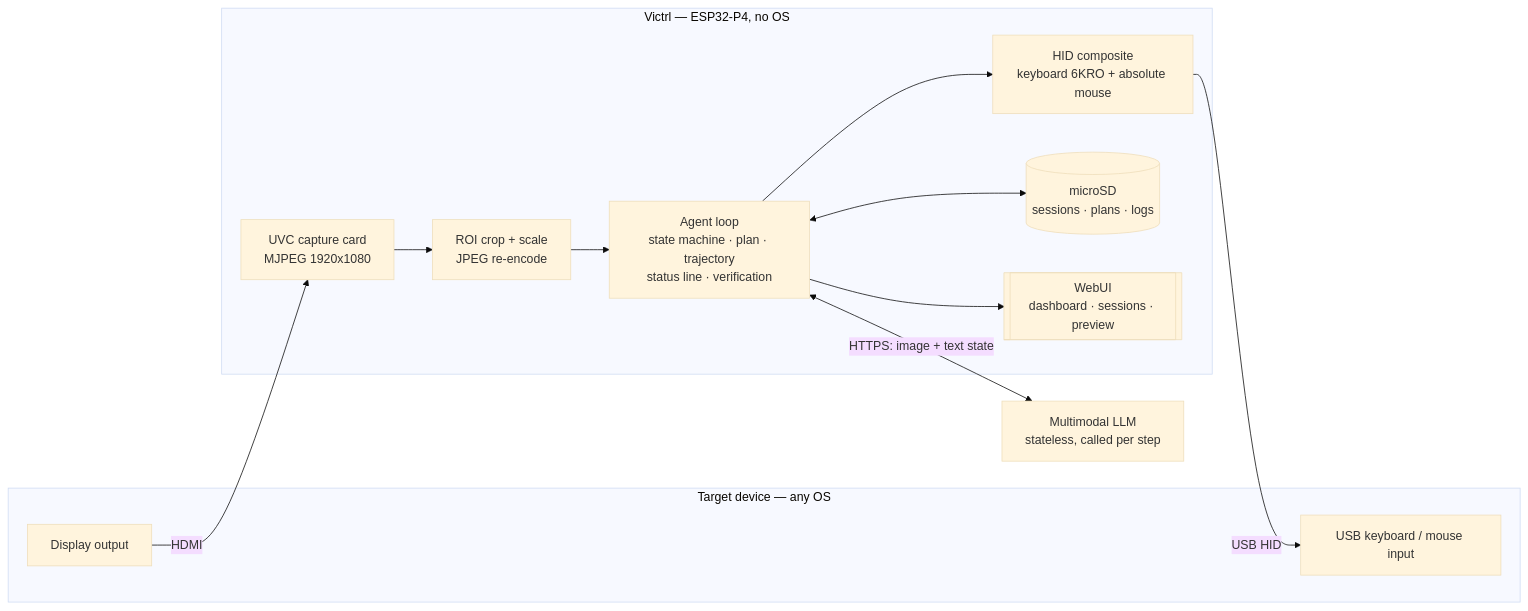
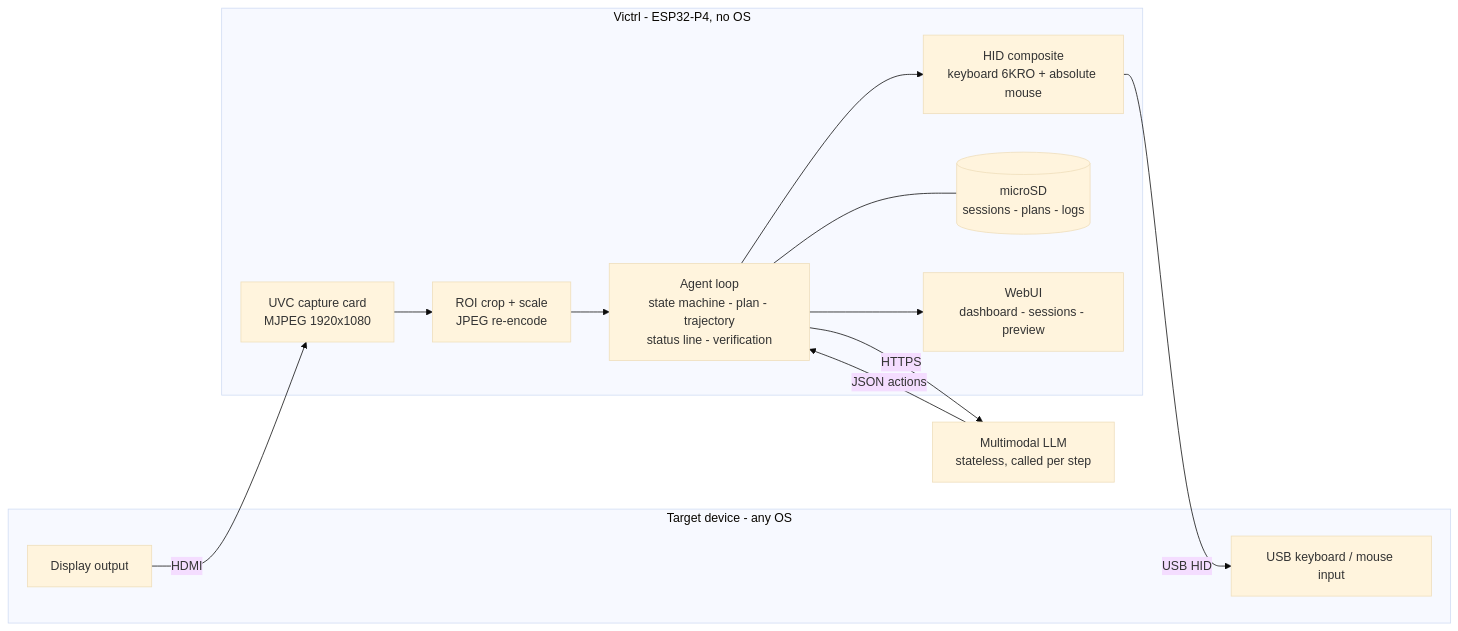
One commit to Dioxgen/Victrl changed the diagram in README.md. Above: the diagram before and after it, drawn with Mermaid (base theme). The commit also changed other lines of this file and 8 other files, not shown here.

First line of the commit message:
docs: add hardware photos, fix the Mermaid diagram, fold the wiki into docs/

````diff
--- a/README.md
+++ b/README.md
@@ -51,27 +51,28 @@
 ```mermaid
 graph LR
-    subgraph Target["Target device — any OS"]
+    subgraph Target["Target device - any OS"]
         Screen[Display output]
         HIDin[USB keyboard / mouse input]
     end
 
-    subgraph Victrl["Victrl — ESP32-P4, no OS"]
+    subgraph Victrl["Victrl - ESP32-P4, no OS"]
         UVC["UVC capture card<br/>MJPEG 1920x1080"]
         Prep["ROI crop + scale<br/>JPEG re-encode"]
-        Loop["Agent loop<br/>state machine · plan · trajectory<br/>status line · verification"]
+        Loop["Agent loop<br/>state machine - plan - trajectory<br/>status line - verification"]
         HIDout["HID composite<br/>keyboard 6KRO + absolute mouse"]
-        SD[("microSD<br/>sessions · plans · logs")]
-        Web[["WebUI<br/>dashboard · sessions · preview"]]
+        SD[("microSD<br/>sessions - plans - logs")]
+        Web["WebUI<br/>dashboard - sessions - preview"]
     end
 
     Cloud["Multimodal LLM<br/>stateless, called per step"]
 
     Screen -->|HDMI| UVC
     UVC --> Prep
     Prep --> Loop
     Loop --> HIDout
     HIDout -->|USB HID| HIDin
-    Loop <--> SD
+    Loop --- SD
     Loop --> Web
-    Loop <-->|HTTPS: image + text state| Cloud
+    Loop -->|HTTPS| Cloud
+    Cloud -->|JSON actions| Loop
 ```
````
